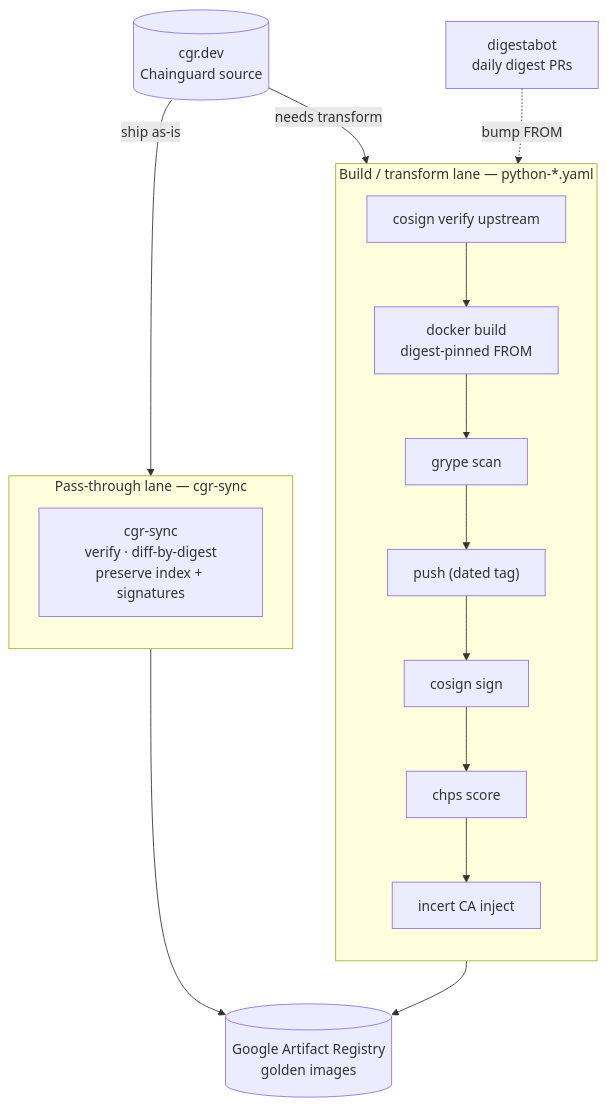
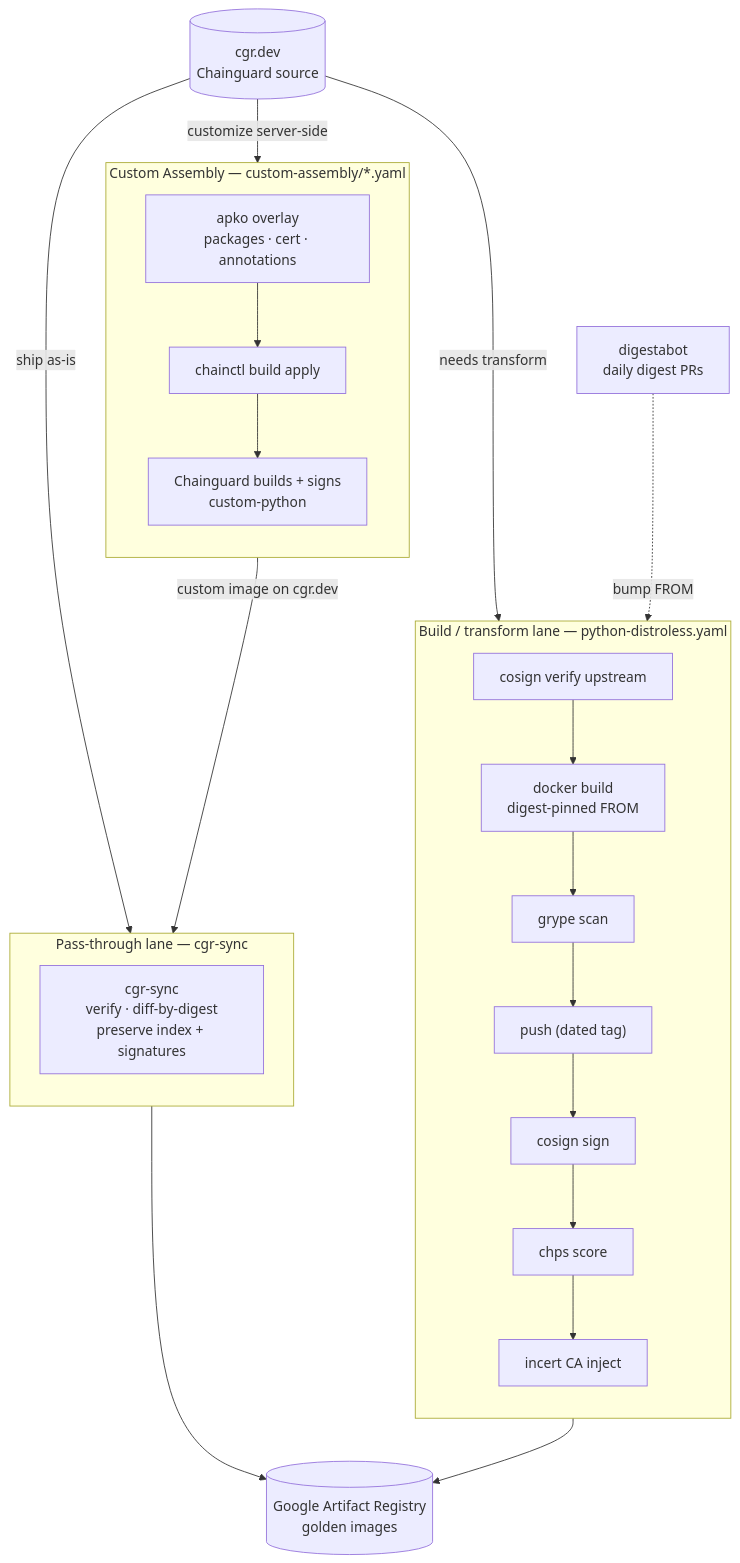
One commit to cartyc/golden-image changed the diagram in README.md. Above: the diagram before and after it, drawn with Mermaid.

Commit message:
docs: add Custom Assembly to the pipeline diagram
Reflect the recent changes in the README flow diagram:
- new Custom Assembly lane: apko overlay (custom-assembly/*.yaml) -> chainctl
  build apply -> Chainguard builds + signs custom-python, which routes into the
  pass-through lane to GAR
- relabel the build lane python-*.yaml -> python-distroless.yaml (python-dev
  removed; its customization moved to Custom Assembly)

````diff
--- a/README.md
+++ b/README.md
@@ -17,26 +17,34 @@
 ```mermaid
 flowchart TB
   src[("cgr.dev<br/>Chainguard source")]
   gar[("Google Artifact Registry<br/>golden images")]
 
-  subgraph build["Build / transform lane — python-*.yaml"]
+  subgraph build["Build / transform lane — python-distroless.yaml"]
     direction TB
     v1["cosign verify upstream"] --> bld["docker build<br/>digest-pinned FROM"]
     bld --> scn["grype scan"]
     scn --> psh["push (dated tag)"]
     psh --> sgn["cosign sign"]
     sgn --> chp["chps score"]
     chp --> inc["incert CA inject"]
   end
 
+  subgraph ca["Custom Assembly — custom-assembly/*.yaml"]
+    direction TB
+    cfg["apko overlay<br/>packages · cert · annotations"] --> apply["chainctl build apply"]
+    apply --> built["Chainguard builds + signs<br/>custom-python"]
+  end
+
   subgraph pass["Pass-through lane — cgr-sync"]
     direction TB
     cs["cgr-sync<br/>verify · diff-by-digest<br/>preserve index + signatures"]
   end
 
   src -->|"needs transform"| v1
+  src -->|"customize server-side"| cfg
   src -->|"ship as-is"| cs
+  built -->|"custom image on cgr.dev"| cs
   inc --> gar
   cs --> gar
   dab["digestabot<br/>daily digest PRs"] -.->|"bump FROM"| bld
 ```
````
